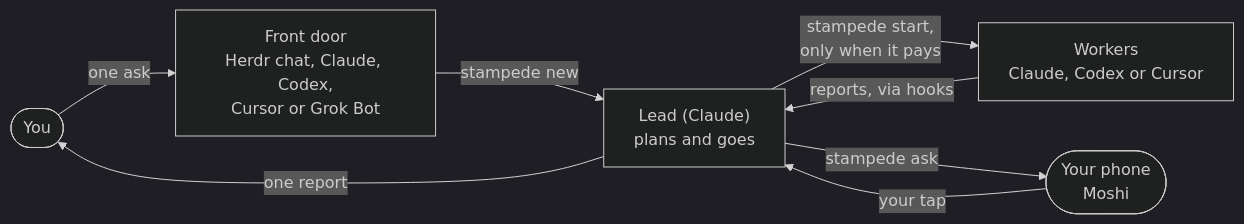
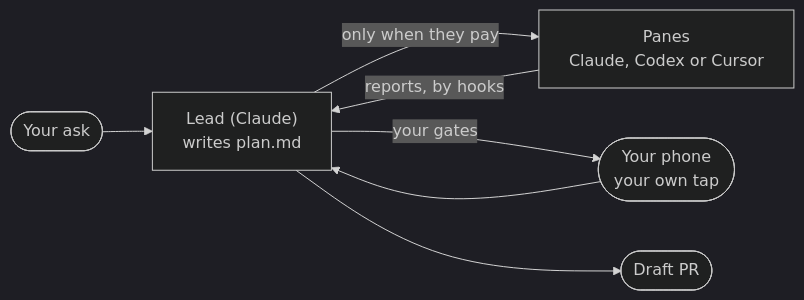
Before and after one commit to vib-z/stampede: the diagram in README.md, drawn with Mermaid (dark theme). The commit also changed other lines of this file and 4 other files, not shown here.

First line of the commit message:
README quick start, flow diagram and limits; macOS CI; the version test covers the README and site

````diff
--- a/README.md
+++ b/README.md
@@ -124,10 +49,9 @@
 ```mermaid
 flowchart LR
-    you(["You"]) -- "one ask" --> door["Front door<br/>Herdr chat, Claude, Codex,<br/>Cursor or Grok Bot"]
-    door -- "stampede new" --> lead["Lead (Claude)<br/>plans and goes"]
-    lead -- "stampede start,<br/>only when it pays" --> workers["Workers<br/>Claude, Codex or Cursor"]
-    workers -- "reports, via hooks" --> lead
-    lead -- "stampede ask" --> phone(["Your phone<br/>Moshi"])
-    phone -- "your tap" --> lead
-    lead -- "one report" --> you
+    ask(["Your ask"]) --> lead["Lead (Claude)<br/>writes plan.md"]
+    lead -- "only when they pay" --> panes["Panes<br/>Claude, Codex or Cursor"]
+    panes -- "reports, by hooks" --> lead
+    lead -- "your gates" --> phone(["Your phone<br/>your own tap"])
+    phone --> lead
+    lead --> pr(["Draft PR"])
 ```
````
